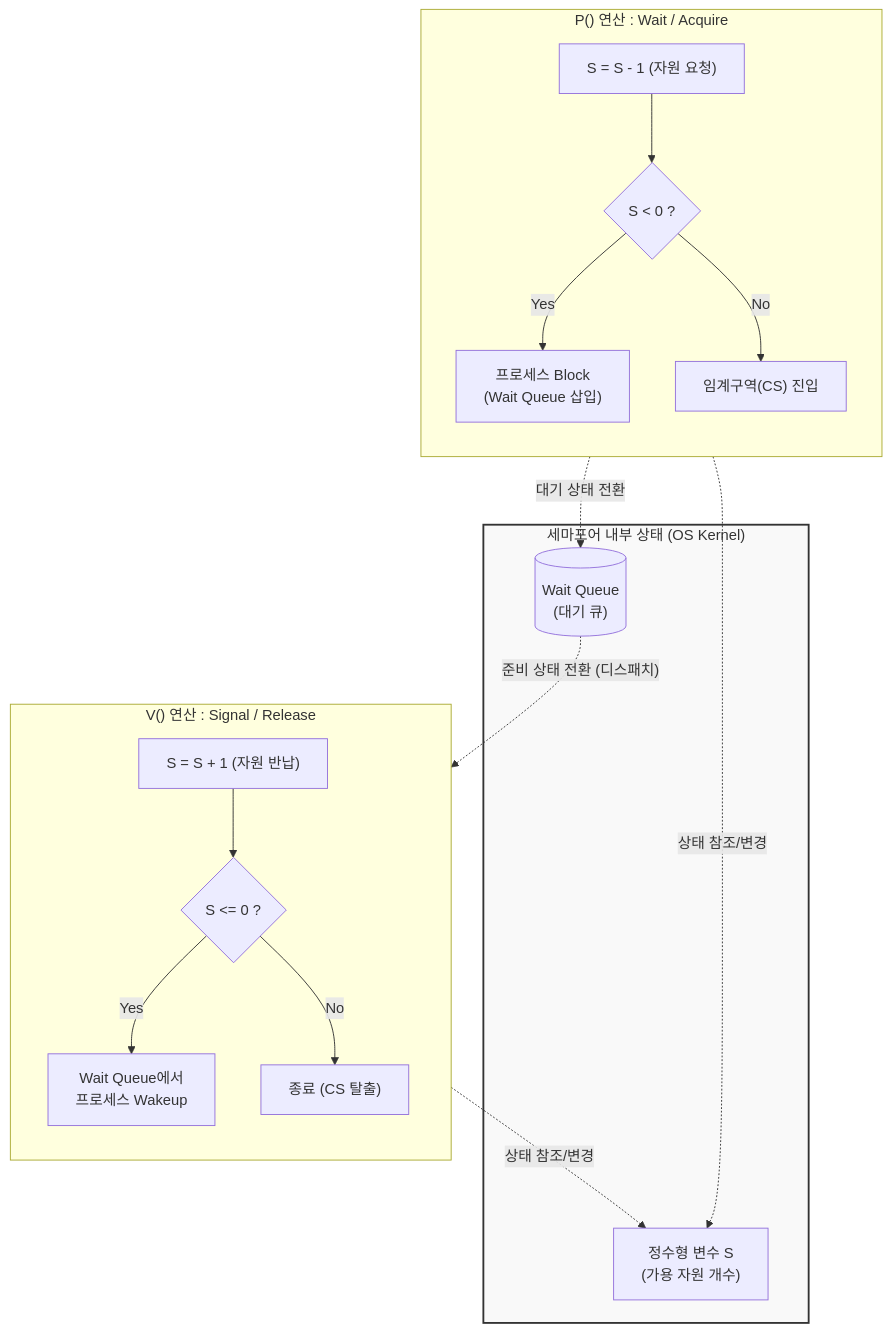
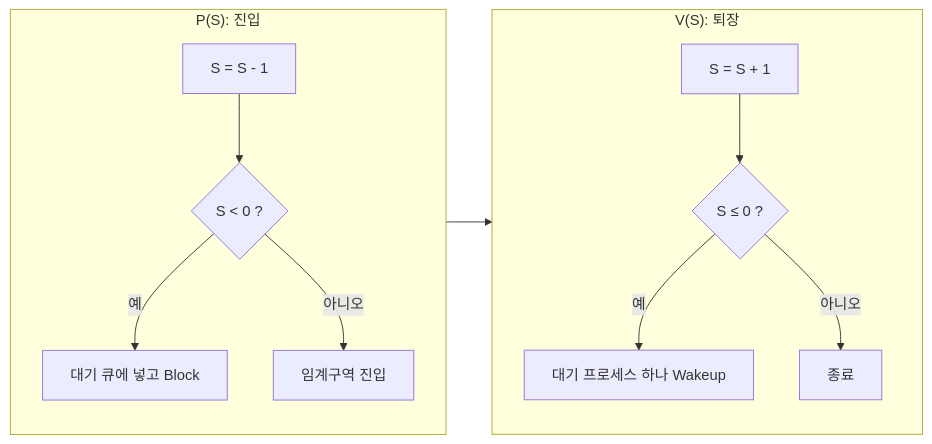
One commit to supremethumb/supremethumb.github.io changed the diagram in content/01_IT Tech/세마포어.md. Above: the diagram before and after it, drawn with Mermaid. The commit also changed other lines of this file and 1087 other files, not shown here.

````diff
--- a/content/01_IT Tech/세마포어.md
+++ b/content/01_IT Tech/세마포어.md
@@ -27,40 +34,16 @@
 ```mermaid
-flowchart TB
-    subgraph OS_Kernel ["세마포어 내부 상태 (OS Kernel)"]
-        S["정수형 변수 S<br/>(가용 자원 개수)"]
-        WQ[("Wait Queue<br/>(대기 큐)")]
+flowchart LR
+    subgraph P["P(S): 진입"]
+        direction TB
+        P1["S = S - 1"] --> P2{"S < 0 ?"}
+        P2 -- "예" --> P3["대기 큐에 넣고 Block"]
+        P2 -- "아니오" --> P4["임계구역 진입"]
     end
-
-    subgraph Operation_P ["P() 연산 : Wait / Acquire"]
+    subgraph V["V(S): 퇴장"]
         direction TB
-        P1["S = S - 1 (자원 요청)"]
-        P2{"S < 0 ?"}
-        P3["프로세스 Block<br/>(Wait Queue 삽입)"]
-        P4["임계구역(CS) 진입"]
-        
-        P1 --> P2
-        P2 -- Yes --> P3
-        P2 -- No --> P4
+        V1["S = S + 1"] --> V2{"S ≤ 0 ?"}
+        V2 -- "예" --> V3["대기 프로세스 하나 Wakeup"]
+        V2 -- "아니오" --> V4["종료"]
     end
-
-    subgraph Operation_V ["V() 연산 : Signal / Release"]
-        direction TB
-        V1["S = S + 1 (자원 반납)"]
-        V2{"S <= 0 ?"}
-        V3["Wait Queue에서<br/>프로세스 Wakeup"]
-        V4["종료 (CS 탈출)"]
-        
-        V1 --> V2
-        V2 -- Yes --> V3
-        V2 -- No --> V4
-    end
-
-    Operation_P -. "상태 참조/변경" .-> S
-    Operation_V -. "상태 참조/변경" .-> S
-    P3 -. "대기 상태 전환" .-> WQ
-    WQ -. "준비 상태 전환 (디스패치)" .-> V3
-    
-    classDef os fill:#f9f9f9,stroke:#333,stroke-width:2px;
-    class OS_Kernel os;
-
+    P4 --> V1
 ```
````
